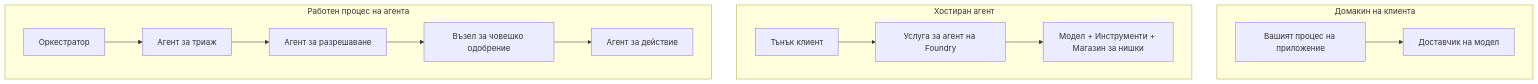
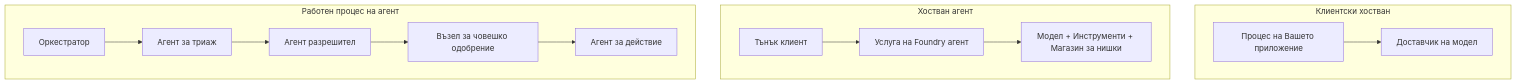
The first of 4 diagrams in mirrors/repos/microsoft@ai-agents-for-beginners/translations/bg/16-deploying-scalable-agents/README.md (gabrielmoreira/agent-skills-mirror), drawn with Mermaid before and after one commit. The commit also changed other lines of this file and 3581 other files, not shown here.

````diff
--- a/mirrors/repos/microsoft@ai-agents-for-beginners/translations/bg/16-deploying-scalable-agents/README.md
+++ b/mirrors/repos/microsoft@ai-agents-for-beginners/translations/bg/16-deploying-scalable-agents/README.md
@@ -87,16 +87,16 @@
 ```mermaid
 flowchart TB
-    subgraph P1[Домакин на клиента]
-        A1[Вашият процес на приложение] --> M1[Доставчик на модел]
+    subgraph P1[Клиентски хостван]
+        A1[Процес на Вашето приложение] --> M1[Доставчик на модел]
     end
-    subgraph P2[Хостиран агент]
-        A2[Тънък клиент] --> F2[Услуга за агент на Foundry]
+    subgraph P2[Хостван агент]
+        A2[Тънък клиент] --> F2[Услуга на Foundry агент]
         F2 --> M2[Модел + Инструменти + Магазин за нишки]
     end
-    subgraph P3[Работен процес на агента]
+    subgraph P3[Работен процес на агент]
         A3[Оркестратор] --> S1[Агент за триаж]
-        S1 --> S2[Агент за разрешаване]
+        S1 --> S2[Агент разрешител]
         S2 --> H[Възел за човешко одобрение]
         H --> S3[Агент за действие]
     end
 ```
````
